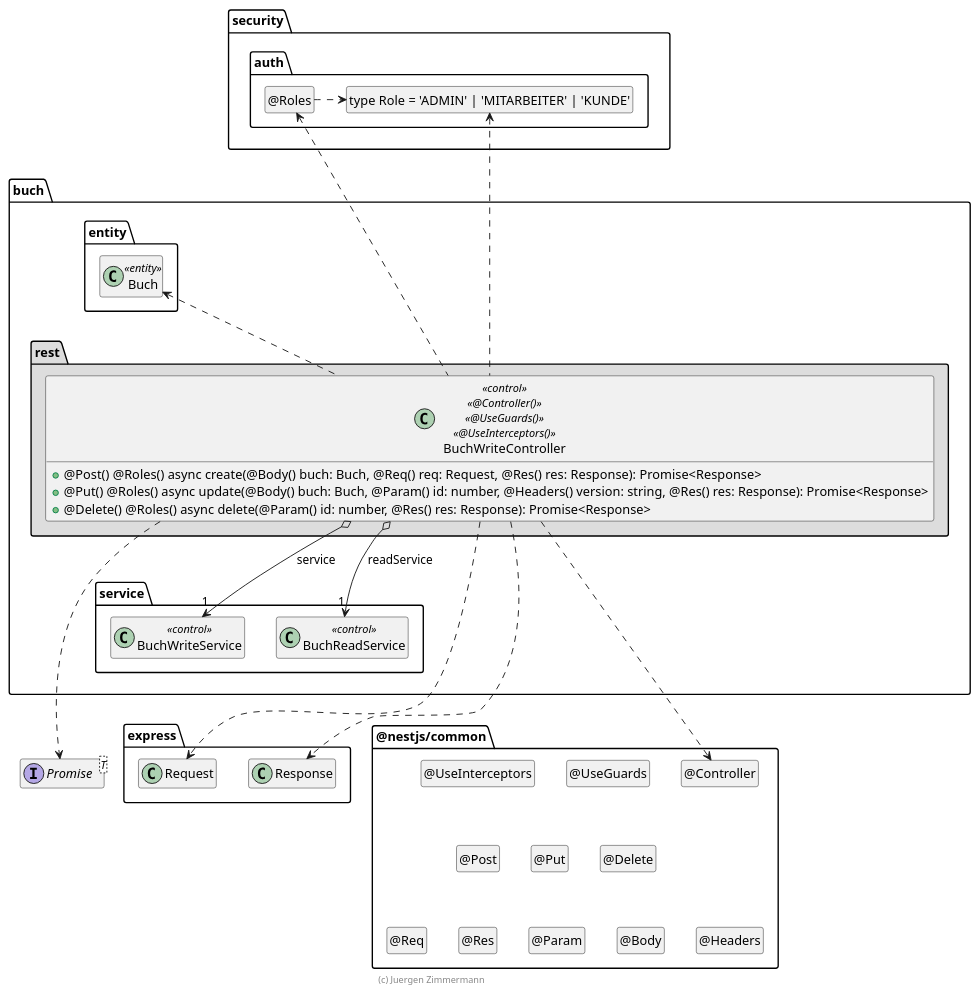
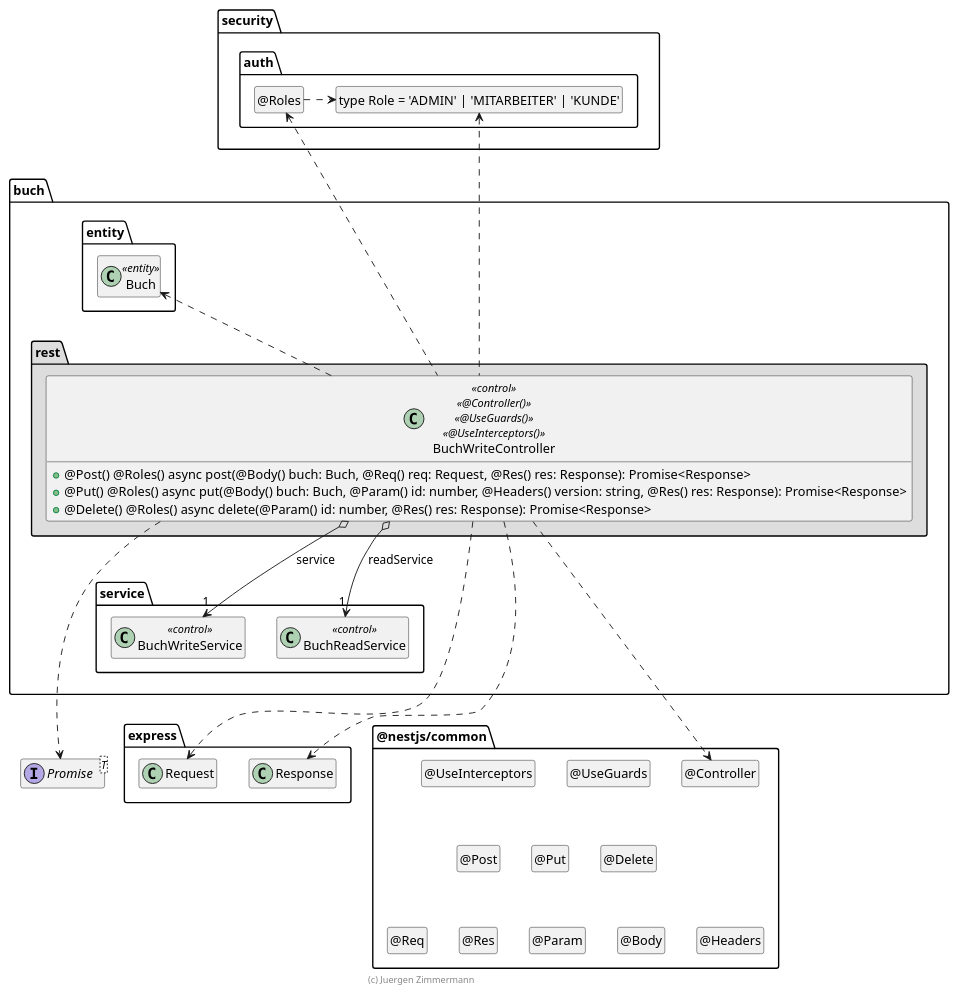
Before and after one commit to danielptv/buch: the diagram in .extras/doc/entwicklerhandbuch/BuchWriteController.plantuml, drawn with PlantUML. The commit also changed 3 other files, not shown here.

```diff
--- a/.extras/doc/entwicklerhandbuch/BuchWriteController.plantuml
+++ b/.extras/doc/entwicklerhandbuch/BuchWriteController.plantuml
@@ -18,110 +18,110 @@
 @startuml Controller-Klasse
 
 interface Promise<T>
 
 package @nestjs/common {
   class "@Controller" as Controller
   hide Controller circle
 
   class "@UseGuards" as UseGuards
   hide UseGuards circle
 
   class "@UseInterceptors" as UseInterceptors
   hide UseInterceptors circle
 
   class "@Post" as Post
   hide Post circle
 
   class "@Put" as Put
   hide Put circle
 
   class "@Delete" as Delete
   hide Delete circle
 
   class "@Req" as Req
   hide Req circle
 
   class "@Res" as Res
   hide Res circle
 
   class "@Param" as Param
   hide Param circle
 
   class "@Body" as Body
   hide Body circle
 
   class "@Headers" as Headers
   hide Headers circle
 
   UseInterceptors .[hidden].> Post
   UseInterceptors .[hidden].> Put
   UseInterceptors .[hidden].> Delete
 
   Post .[hidden].> Req
   Post .[hidden].> Res
   Post .[hidden].> Param
   Post .[hidden].> Body
   Post .[hidden].> Headers
 }
 
 package express {
   class Request
   class Response
 
   Response .right[hidden].> Controller
 }
 
 package security.auth {
   class "type Role = 'ADMIN' | 'MITARBEITER' | 'KUNDE'" as Role
   hide Role circle
 
   class "@Roles" as Roles
   hide Roles circle
 
   Roles .right.> Role
 }
 
 package buch {
   package entity #FFFFFF {
     class Buch <<entity>>
 
     Buch .[hidden].> Promise
     Buch .[hidden].> Request
   }
 
   package service {
     class BuchWriteService << control >>
     class BuchReadService << control >>
   }
 
   package rest #DDDDDD {
     class BuchWriteController << control >> << @Controller() >> << @UseGuards() >> << @UseInterceptors() >> {
-      + @Post() @Roles() async create(@Body() buch: Buch, @Req() req: Request,  @Res() res: Response): Promise<Response>
-      + @Put() @Roles() async update(@Body() buch: Buch, @Param() id: number, @Headers() version: string, @Res() res: Response): Promise<Response>
+      + @Post() @Roles() async post(@Body() buch: Buch, @Req() req: Request,  @Res() res: Response): Promise<Response>
+      + @Put() @Roles() async put(@Body() buch: Buch, @Param() id: number, @Headers() version: string, @Res() res: Response): Promise<Response>
       + @Delete() @Roles() async delete(@Param() id: number, @Res() res: Response): Promise<Response>
     }
 
     BuchWriteController o--> "1" BuchWriteService : service
     BuchWriteController o--> "1" BuchReadService : readService
     BuchWriteController ..up> Buch
 
     BuchWriteController ..> Controller
 
     BuchWriteController .up.> Roles
     BuchWriteController .up.> Role
 
     BuchWriteController ..> Request
     BuchWriteController ..> Response
     BuchWriteController ..> Promise
 
     Buch .up[hidden].> Roles
     BuchWriteService .[hidden].> Request
     BuchWriteService .[hidden].> Promise
   }
 }
 
 hide empty members
 
 footer (c) Juergen Zimmermann
 
 @enduml
```
